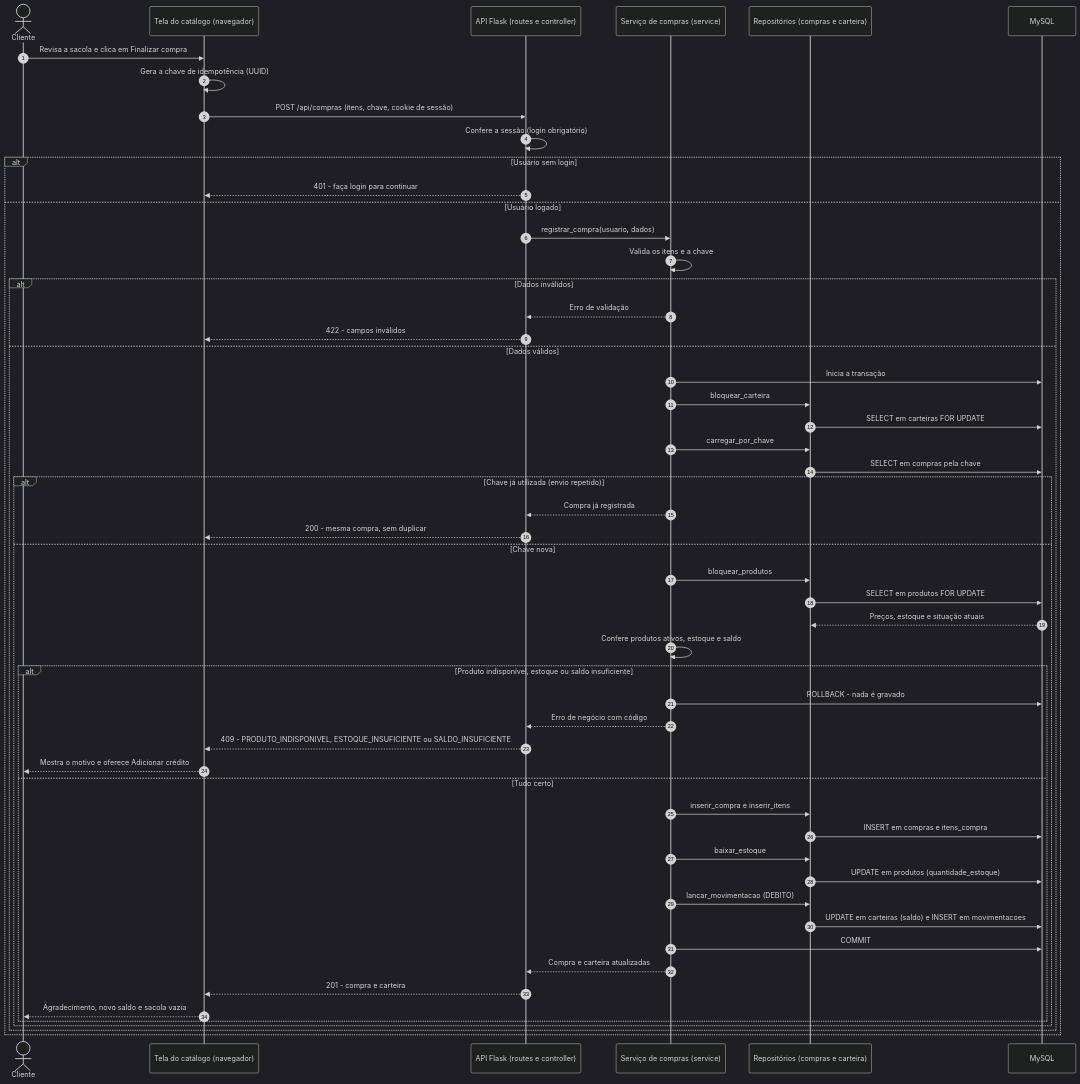
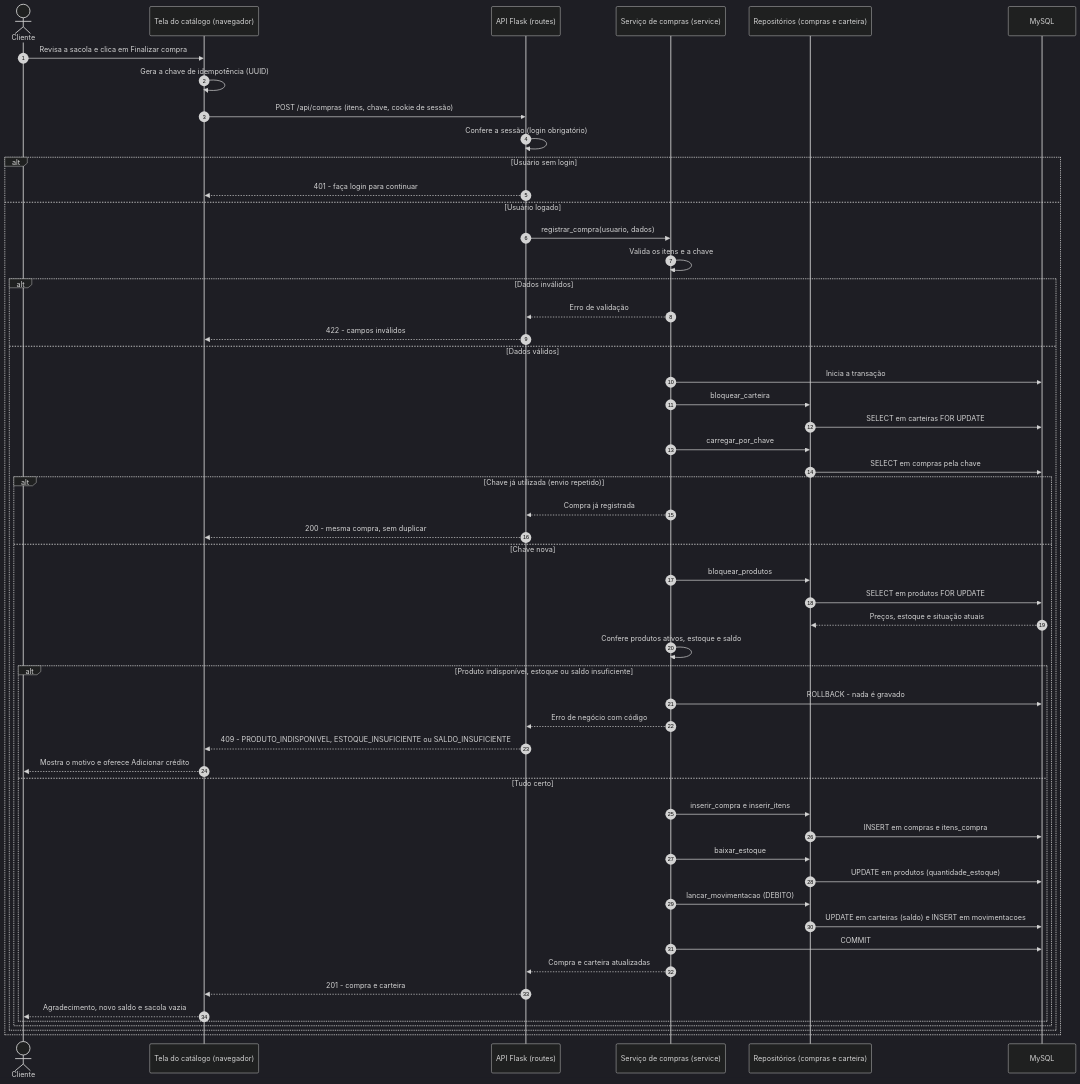
Before and after one commit to senai-AEx/cantinaInteligente: the diagram in docs/diagramas/sequencia-compra.mmd, drawn with Mermaid (dark theme). The commit also changed 9 other files, not shown here.

```diff
--- a/docs/diagramas/sequencia-compra.mmd
+++ b/docs/diagramas/sequencia-compra.mmd
@@ -1,55 +1,55 @@
 sequenceDiagram
     autonumber
     actor C as Cliente
     participant T as Tela do catálogo (navegador)
-    participant A as API Flask (routes e controller)
+    participant A as API Flask (routes)
     participant S as Serviço de compras (service)
     participant R as Repositórios (compras e carteira)
     participant B as MySQL
 
     C->>T: Revisa a sacola e clica em Finalizar compra
     T->>T: Gera a chave de idempotência (UUID)
     T->>A: POST /api/compras (itens, chave, cookie de sessão)
     A->>A: Confere a sessão (login obrigatório)
     alt Usuário sem login
         A-->>T: 401 - faça login para continuar
     else Usuário logado
         A->>S: registrar_compra(usuario, dados)
         S->>S: Valida os itens e a chave
         alt Dados inválidos
             S-->>A: Erro de validação
             A-->>T: 422 - campos inválidos
         else Dados válidos
             S->>B: Inicia a transação
             S->>R: bloquear_carteira
             R->>B: SELECT em carteiras FOR UPDATE
             S->>R: carregar_por_chave
             R->>B: SELECT em compras pela chave
             alt Chave já utilizada (envio repetido)
                 S-->>A: Compra já registrada
                 A-->>T: 200 - mesma compra, sem duplicar
             else Chave nova
                 S->>R: bloquear_produtos
                 R->>B: SELECT em produtos FOR UPDATE
                 B-->>R: Preços, estoque e situação atuais
                 S->>S: Confere produtos ativos, estoque e saldo
                 alt Produto indisponível, estoque ou saldo insuficiente
                     S->>B: ROLLBACK - nada é gravado
                     S-->>A: Erro de negócio com código
                     A-->>T: 409 - PRODUTO_INDISPONIVEL, ESTOQUE_INSUFICIENTE ou SALDO_INSUFICIENTE
                     T-->>C: Mostra o motivo e oferece Adicionar crédito
                 else Tudo certo
                     S->>R: inserir_compra e inserir_itens
                     R->>B: INSERT em compras e itens_compra
                     S->>R: baixar_estoque
                     R->>B: UPDATE em produtos (quantidade_estoque)
                     S->>R: lancar_movimentacao (DEBITO)
                     R->>B: UPDATE em carteiras (saldo) e INSERT em movimentacoes
                     S->>B: COMMIT
                     S-->>A: Compra e carteira atualizadas
                     A-->>T: 201 - compra e carteira
                     T-->>C: Agradecimento, novo saldo e sacola vazia
                 end
             end
         end
     end
```
